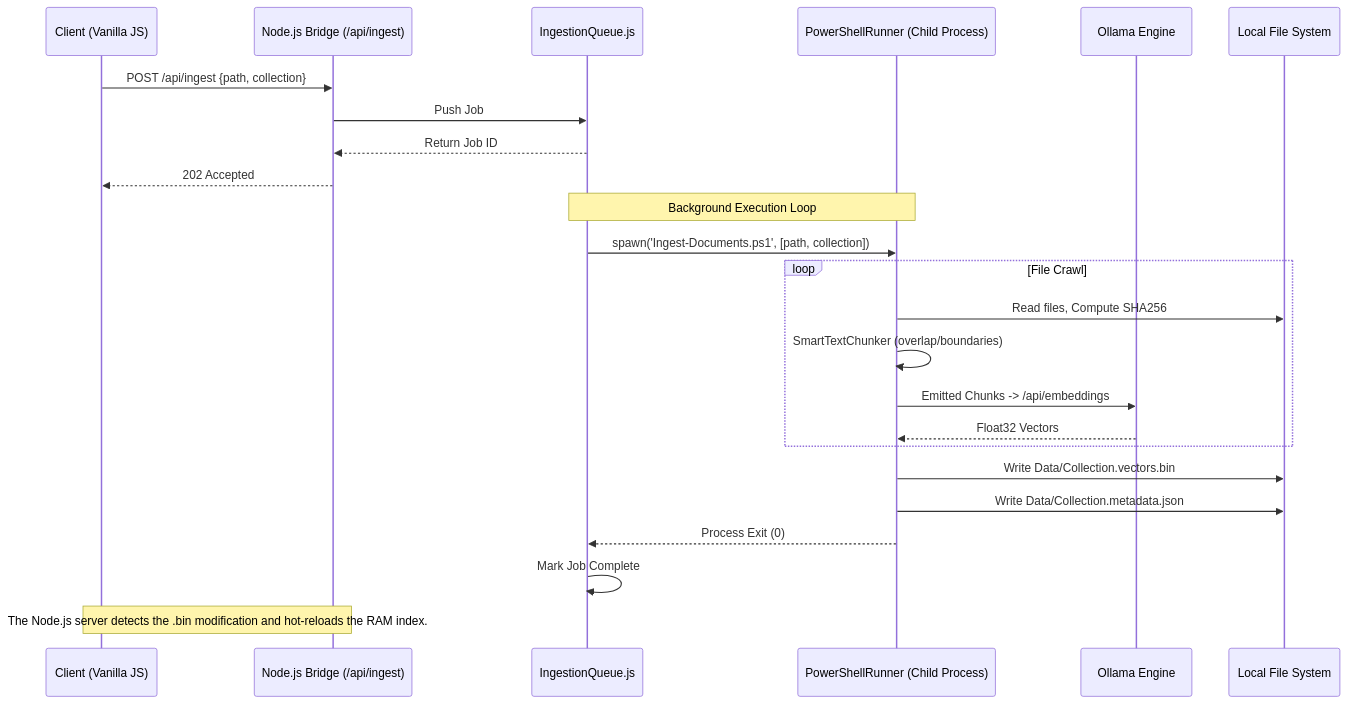
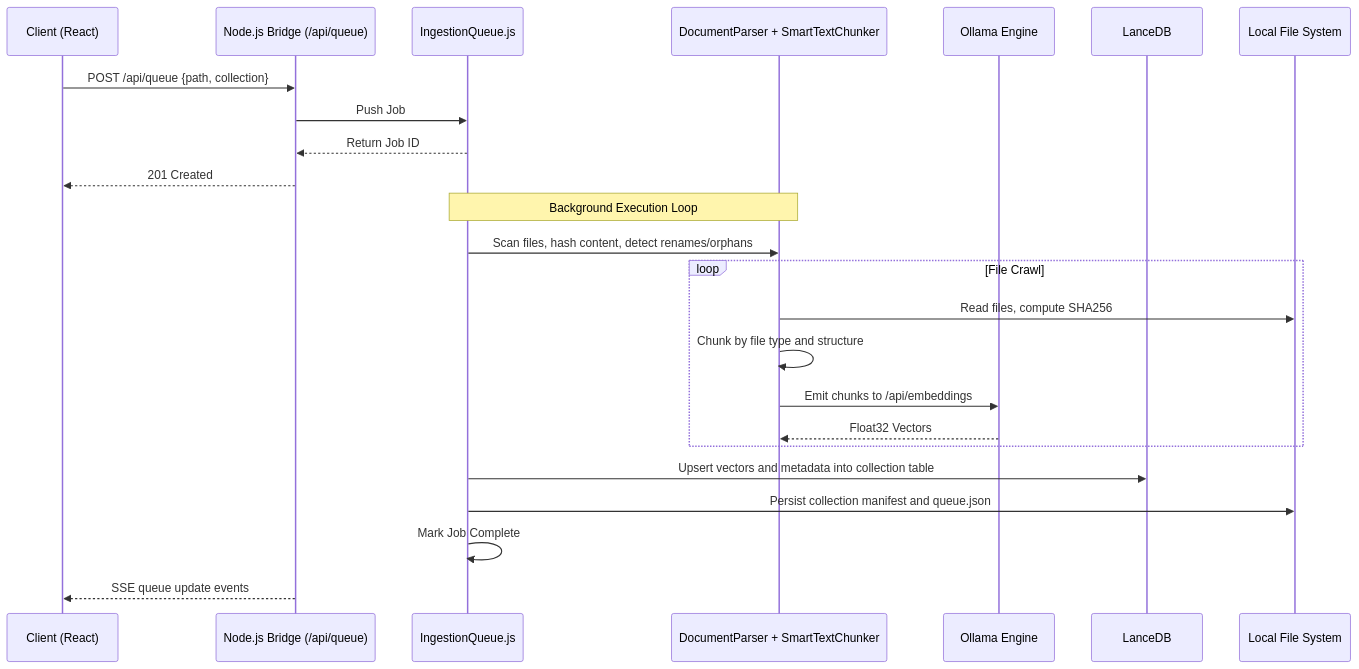
The second of 2 diagrams in docs/Architecture_Design.md (nhlutterodt/Lightweight-Local-Rag), drawn with Mermaid before and after one commit. The commit also changed other lines of this file and 49 other files, not shown here.

````diff
--- a/docs/Architecture_Design.md
+++ b/docs/Architecture_Design.md
@@ -89,32 +105,31 @@
 ```mermaid
 sequenceDiagram
-    participant UI as Client (Vanilla JS)
-    participant Node as Node.js Bridge (/api/ingest)
+    participant UI as Client (React)
+    participant Node as Node.js Bridge (/api/queue)
     participant Queue as IngestionQueue.js
-    participant PS as PowerShellRunner (Child Process)
+    participant Parser as DocumentParser + SmartTextChunker
     participant Ollama as Ollama Engine
+    participant DB as LanceDB
     participant Disk as Local File System
 
-    UI->>Node: POST /api/ingest {path, collection}
+    UI->>Node: POST /api/queue {path, collection}
     Node->>Queue: Push Job
     Queue-->>Node: Return Job ID
-    Node-->>UI: 202 Accepted
+    Node-->>UI: 201 Created
 
-    Note over Queue, PS: Background Execution Loop
-    Queue->>PS: spawn('Ingest-Documents.ps1', [path, collection])
+    Note over Queue, Parser: Background Execution Loop
+    Queue->>Parser: Scan files, hash content, detect renames/orphans
 
     loop File Crawl
-        PS->>Disk: Read files, Compute SHA256
-        PS->>PS: SmartTextChunker (overlap/boundaries)
-        PS->>Ollama: Emitted Chunks -> /api/embeddings
-        Ollama-->>PS: Float32 Vectors
+        Parser->>Disk: Read files, compute SHA256
+        Parser->>Parser: Chunk by file type and structure
+        Parser->>Ollama: Emit chunks to /api/embeddings
+        Ollama-->>Parser: Float32 Vectors
     end
 
-    PS->>Disk: Write Data/Collection.vectors.bin
-    PS->>Disk: Write Data/Collection.metadata.json
+    Queue->>DB: Upsert vectors and metadata into collection table
+    Queue->>Disk: Persist collection manifest and queue.json
 
-    PS-->>Queue: Process Exit (0)
     Queue->>Queue: Mark Job Complete
-
-    Note over Node, UI: The Node.js server detects the .bin modification and hot-reloads the RAM index.
+    Node-->>UI: SSE queue update events
 ```
````
